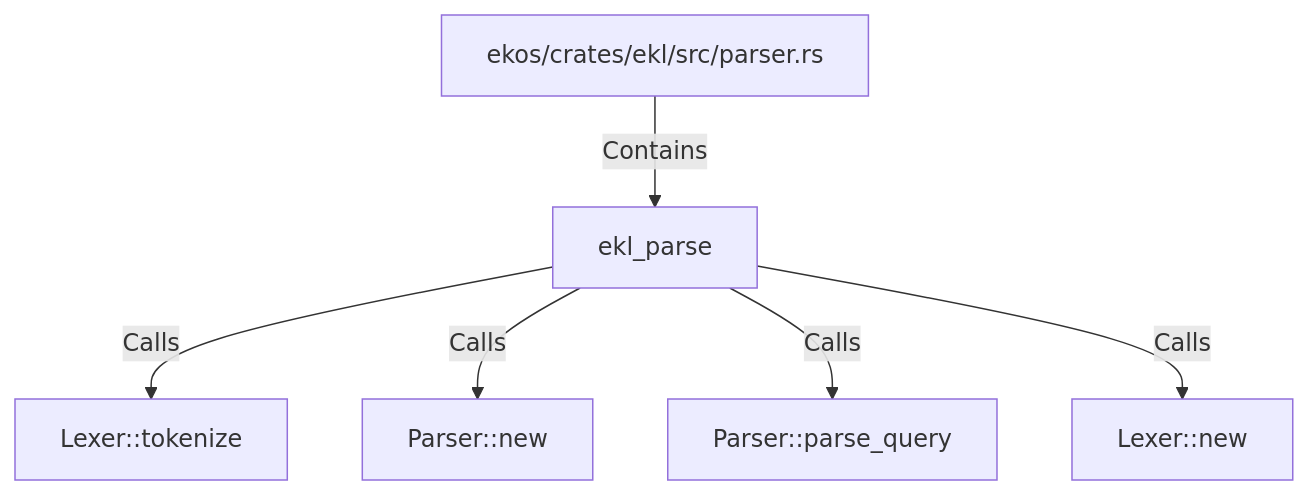
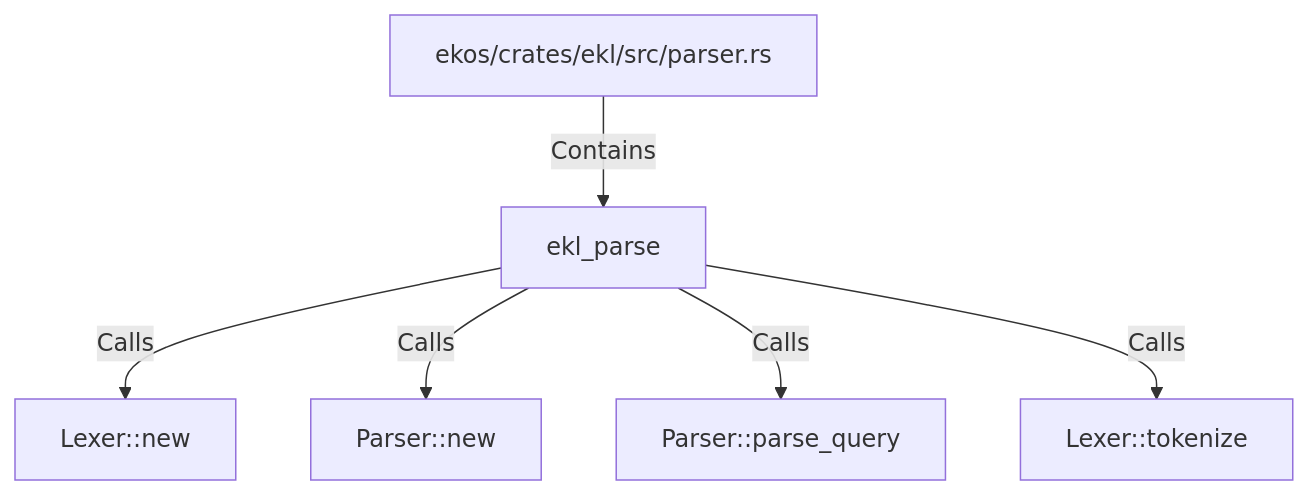
Before and after one commit to alexeyban/EKOS: the diagram in doc/entities/rustsymbol/ek/ekl-parse.md, drawn with Mermaid. The commit also changed other lines of this file and 552 other files, not shown here.

````diff
--- a/doc/entities/rustsymbol/ek/ekl-parse.md
+++ b/doc/entities/rustsymbol/ek/ekl-parse.md
@@ -24,14 +24,14 @@
 ```mermaid
 graph TD
     n590311ca281e528aae356f89aceae476["ekl_parse"]
     n7eda253187c8504892b2c98483606431["ekos/crates/ekl/src/parser.rs"]
     n7eda253187c8504892b2c98483606431 -->|Contains| n590311ca281e528aae356f89aceae476
-    n75766aca22b959f6aa0b7e6588ae0af9["Lexer::tokenize"]
-    n590311ca281e528aae356f89aceae476 -->|Calls| n75766aca22b959f6aa0b7e6588ae0af9
+    n719d674aff2f560b8ccea9458c019026["Lexer::new"]
+    n590311ca281e528aae356f89aceae476 -->|Calls| n719d674aff2f560b8ccea9458c019026
     n7d33f28a3f4659edb13d496c9f39216d["Parser::new"]
     n590311ca281e528aae356f89aceae476 -->|Calls| n7d33f28a3f4659edb13d496c9f39216d
     n4147b7b99d995be9b91f42752c6f6561["Parser::parse_query"]
     n590311ca281e528aae356f89aceae476 -->|Calls| n4147b7b99d995be9b91f42752c6f6561
-    n719d674aff2f560b8ccea9458c019026["Lexer::new"]
-    n590311ca281e528aae356f89aceae476 -->|Calls| n719d674aff2f560b8ccea9458c019026
+    n75766aca22b959f6aa0b7e6588ae0af9["Lexer::tokenize"]
+    n590311ca281e528aae356f89aceae476 -->|Calls| n75766aca22b959f6aa0b7e6588ae0af9
 ```
````
